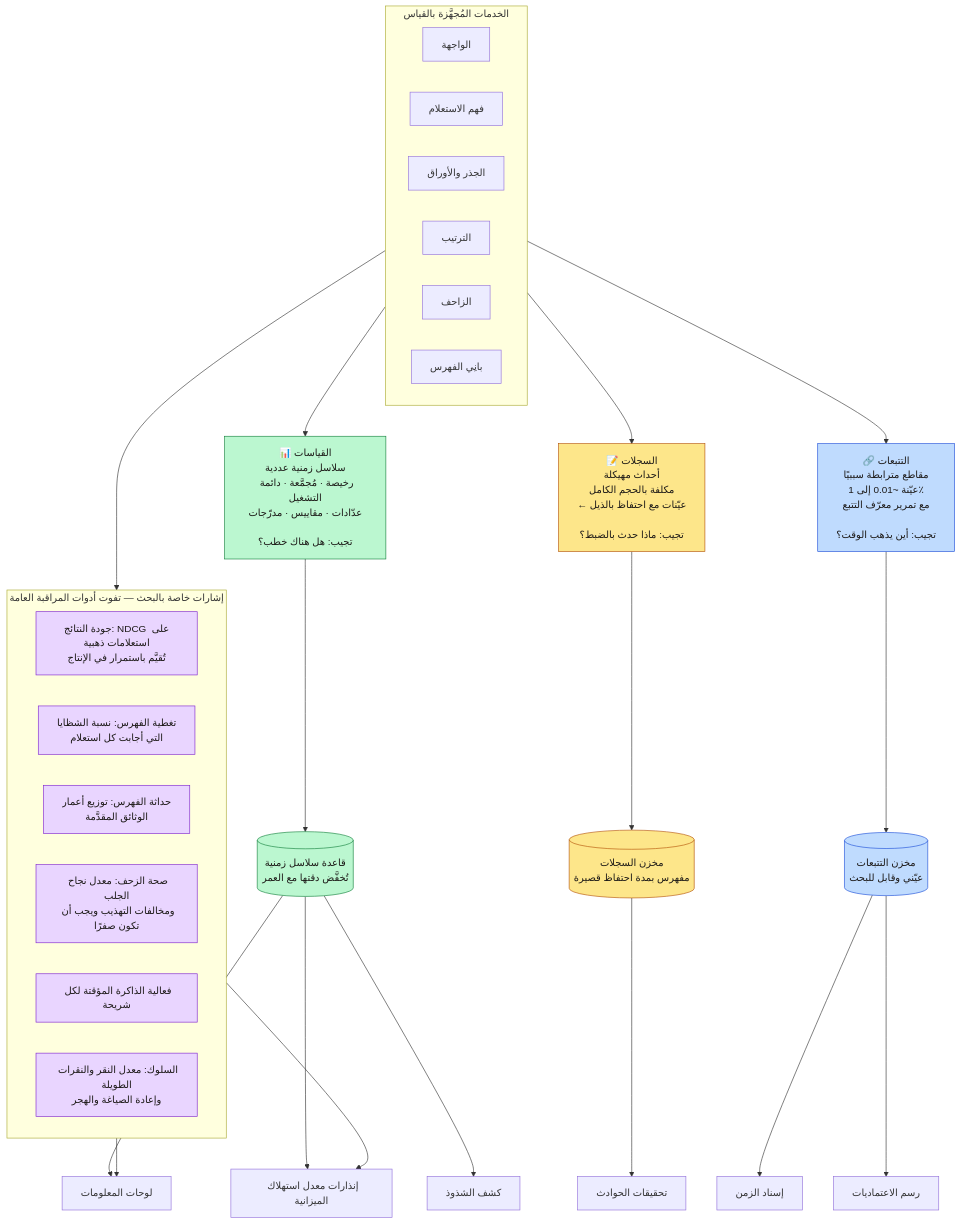
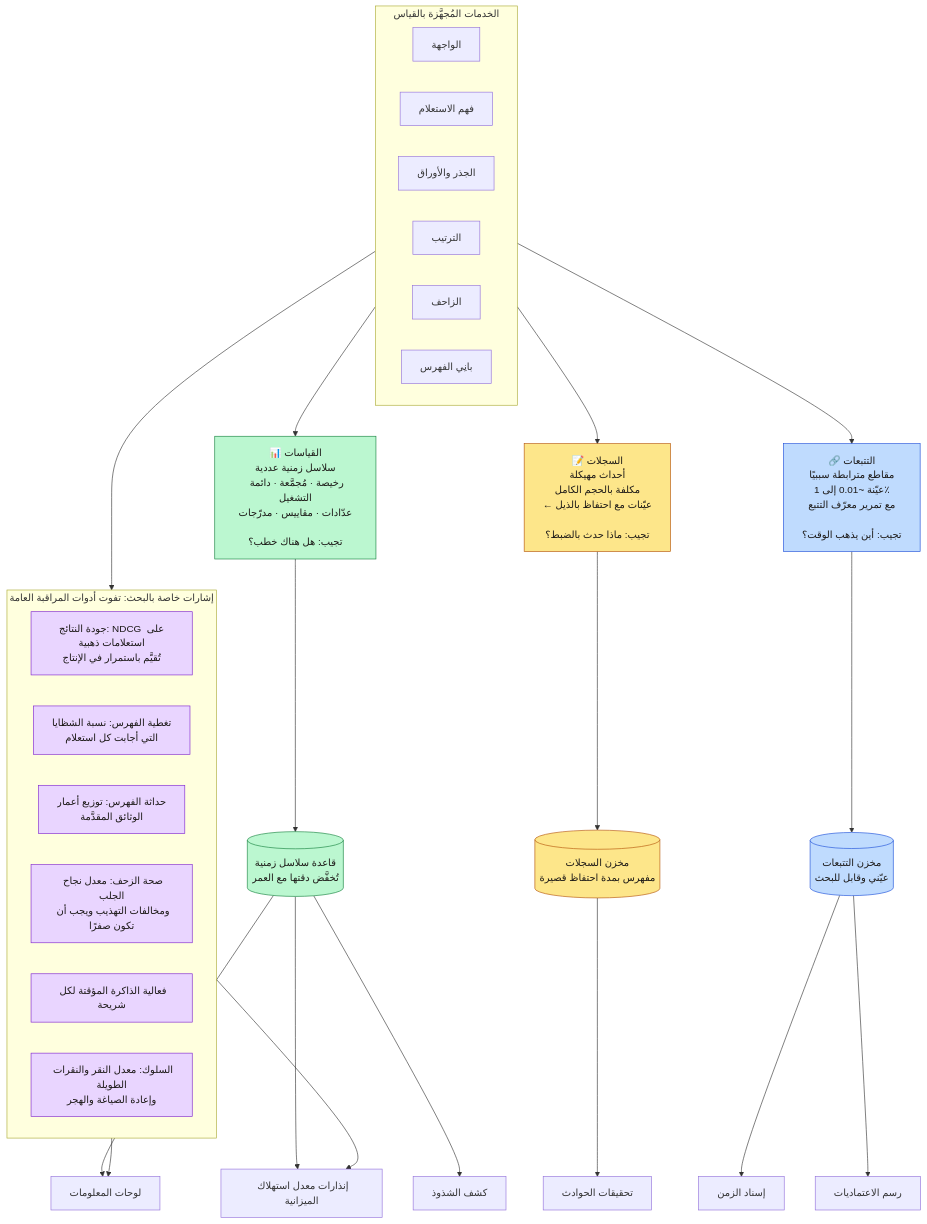
Before and after one commit to ahmedselimmansor-ctrl/google-search-system-design: the first of 4 diagrams in docs/ar/13-observability.md, drawn with Mermaid. The commit also changed other lines of this file and 89 other files, not shown here.

````diff
--- a/docs/ar/13-observability.md
+++ b/docs/ar/13-observability.md
@@ -23,47 +23,47 @@
 ```mermaid
 flowchart TB
     subgraph SOURCES["الخدمات المُجهَّزة بالقياس"]
         SV1["الواجهة"]
         SV2["فهم الاستعلام"]
         SV3["الجذر والأوراق"]
         SV4["الترتيب"]
         SV5["الزاحف"]
         SV6["بانِي الفهرس"]
     end
 
     SOURCES --> M["📊 القياسات<br/>سلاسل زمنية عددية<br/>رخيصة · مُجمَّعة · دائمة التشغيل<br/>عدّادات · مقاييس · مدرّجات<br/><br/>تجيب: هل هناك خطب؟"]
     SOURCES --> L["📝 السجلات<br/>أحداث مهيكلة<br/>مكلفة بالحجم الكامل<br/>← عيّنات مع احتفاظ بالذيل<br/><br/>تجيب: ماذا حدث بالضبط؟"]
     SOURCES --> T["🔗 التتبعات<br/>مقاطع مترابطة سببيًا<br/>عيّنة ~0.01 إلى 1٪<br/>مع تمرير معرّف التتبع<br/><br/>تجيب: أين يذهب الوقت؟"]
 
     M --> TS[("قاعدة سلاسل زمنية<br/>تُخفَّض دقتها مع العمر")]
     L --> LS[("مخزن السجلات<br/>مفهرس بمدة احتفاظ قصيرة")]
     T --> TR[("مخزن التتبعات<br/>عيّني وقابل للبحث")]
 
     TS --> D1["لوحات المعلومات"]
     TS --> D2["إنذارات معدل استهلاك الميزانية"]
     TS --> D3["كشف الشذوذ"]
     LS --> D4["تحقيقات الحوادث"]
     TR --> D5["إسناد الزمن"]
     TR --> D6["رسم الاعتماديات"]
 
-    subgraph QUALITY["إشارات خاصة بالبحث — تفوت أدوات المراقبة العامة"]
+    subgraph QUALITY["إشارات خاصة بالبحث: تفوت أدوات المراقبة العامة"]
         Q1["جودة النتائج: NDCG على استعلامات ذهبية<br/>تُقيَّم باستمرار في الإنتاج"]
         Q2["تغطية الفهرس: نسبة الشظايا<br/>التي أجابت كل استعلام"]
         Q3["حداثة الفهرس: توزيع أعمار<br/>الوثائق المقدَّمة"]
         Q4["صحة الزحف: معدل نجاح الجلب<br/>ومخالفات التهذيب ويجب أن تكون صفرًا"]
         Q5["فعالية الذاكرة المؤقتة لكل شريحة"]
         Q6["السلوك: معدل النقر والنقرات الطويلة<br/>وإعادة الصياغة والهجر"]
     end
 
     SOURCES --> QUALITY
     QUALITY --> D1 & D2
 
     classDef metric fill:#bbf7d0,stroke:#15803d,color:#1c1917
     classDef log fill:#fde68a,stroke:#b45309,color:#1c1917
     classDef trace fill:#bfdbfe,stroke:#1d4ed8,color:#1c1917
     classDef qual fill:#e9d5ff,stroke:#7e22ce,color:#1c1917
     class M,TS metric
     class L,LS log
     class T,TR trace
     class Q1,Q2,Q3,Q4,Q5,Q6 qual
 ```
````
